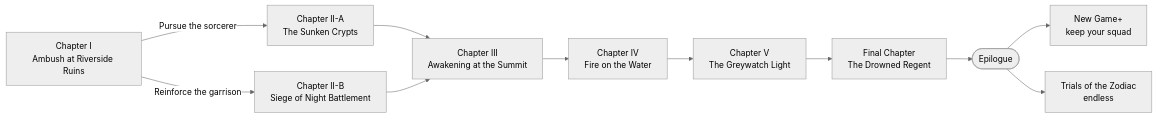
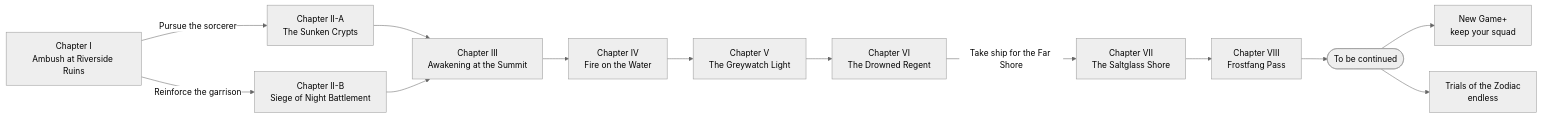
Before and after one commit to CptNope/Chess-RPG-Tactics: the third of 5 diagrams in docs/GAMEPLAY_GUIDE.md, drawn with Mermaid (neutral theme). The commit also changed other lines of this file and 40 other files, not shown here.

First line of the commit message:
0.34.0: Act III begins — sail to the Far Shore

````diff
--- a/docs/GAMEPLAY_GUIDE.md
+++ b/docs/GAMEPLAY_GUIDE.md
@@ -73,13 +73,15 @@
 ```mermaid
 flowchart LR
     C1["Chapter I<br/>Ambush at Riverside Ruins"] -->|"Pursue the sorcerer"| C2a["Chapter II-A<br/>The Sunken Crypts"]
     C1 -->|"Reinforce the garrison"| C2b["Chapter II-B<br/>Siege of Night Battlement"]
     C2a --> C3["Chapter III<br/>Awakening at the Summit"]
     C2b --> C3
     C3 --> C4["Chapter IV<br/>Fire on the Water"]
     C4 --> C5["Chapter V<br/>The Greywatch Light"]
-    C5 --> C6["Final Chapter<br/>The Drowned Regent"]
-    C6 --> E(["Epilogue"])
+    C5 --> C6["Chapter VI<br/>The Drowned Regent"]
+    C6 -->|"Take ship for the Far Shore"| C7["Chapter VII<br/>The Saltglass Shore"]
+    C7 --> C8["Chapter VIII<br/>Frostfang Pass"]
+    C8 --> E(["To be continued"])
     E --> NG["New Game+<br/>keep your squad"]
     E --> TR["Trials of the Zodiac<br/>endless"]
 ```
````
